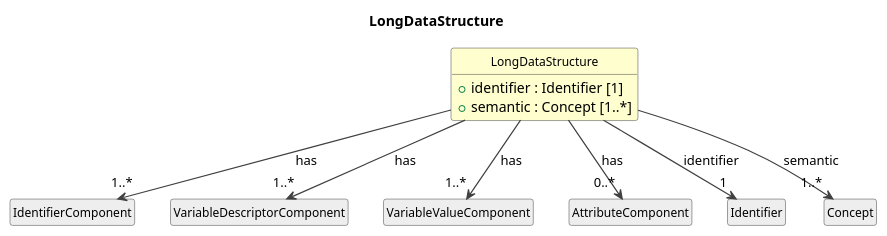
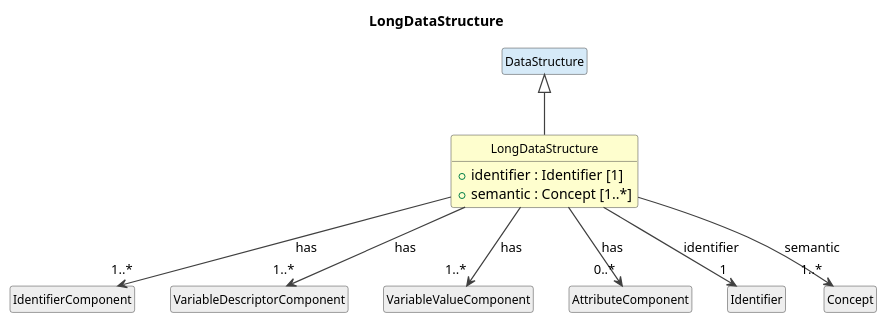
The diagram in cdif-uml-model/CDIFDataStructure/Classes/LongDataStructure.pu (Cross-Domain-Interoperability-Framework/metadataBuildingBlocks), drawn with PlantUML before and after one commit. The commit also changed 78 other files, not shown here.

First line of the commit message:
Regenerate model browser: DataStructure hierarchy + toggle/sticky/clip UI fixes

```diff
--- a/cdif-uml-model/CDIFDataStructure/Classes/LongDataStructure.pu
+++ b/cdif-uml-model/CDIFDataStructure/Classes/LongDataStructure.pu
@@ -1,30 +1,32 @@
 @startuml
 title LongDataStructure
 hide circle
 hide empty members
 skinparam shadowing false
 skinparam ArrowThickness 1.2
 skinparam class {
   ArrowColor #404040
   BorderColor #404040
   FontSize 12
 }
 
 class "LongDataStructure" as LongDataStructure #FEFECE {
   +identifier : Identifier [1]
   +semantic : Concept [1..*]
 }
+class "DataStructure" as DataStructure #D6EAF8
+DataStructure <|-- LongDataStructure
 class "IdentifierComponent" as IdentifierComponent #EEEEEE
 LongDataStructure --> "1..*" IdentifierComponent : has
 class "VariableDescriptorComponent" as VariableDescriptorComponent #EEEEEE
 LongDataStructure --> "1..*" VariableDescriptorComponent : has
 class "VariableValueComponent" as VariableValueComponent #EEEEEE
 LongDataStructure --> "1..*" VariableValueComponent : has
 class "AttributeComponent" as AttributeComponent #EEEEEE
 LongDataStructure --> "0..*" AttributeComponent : has
 class "Identifier" as Identifier #EEEEEE
 LongDataStructure --> "1" Identifier : identifier
 class "Concept" as Concept #EEEEEE
 LongDataStructure --> "1..*" Concept : semantic
 
 @enduml
```
